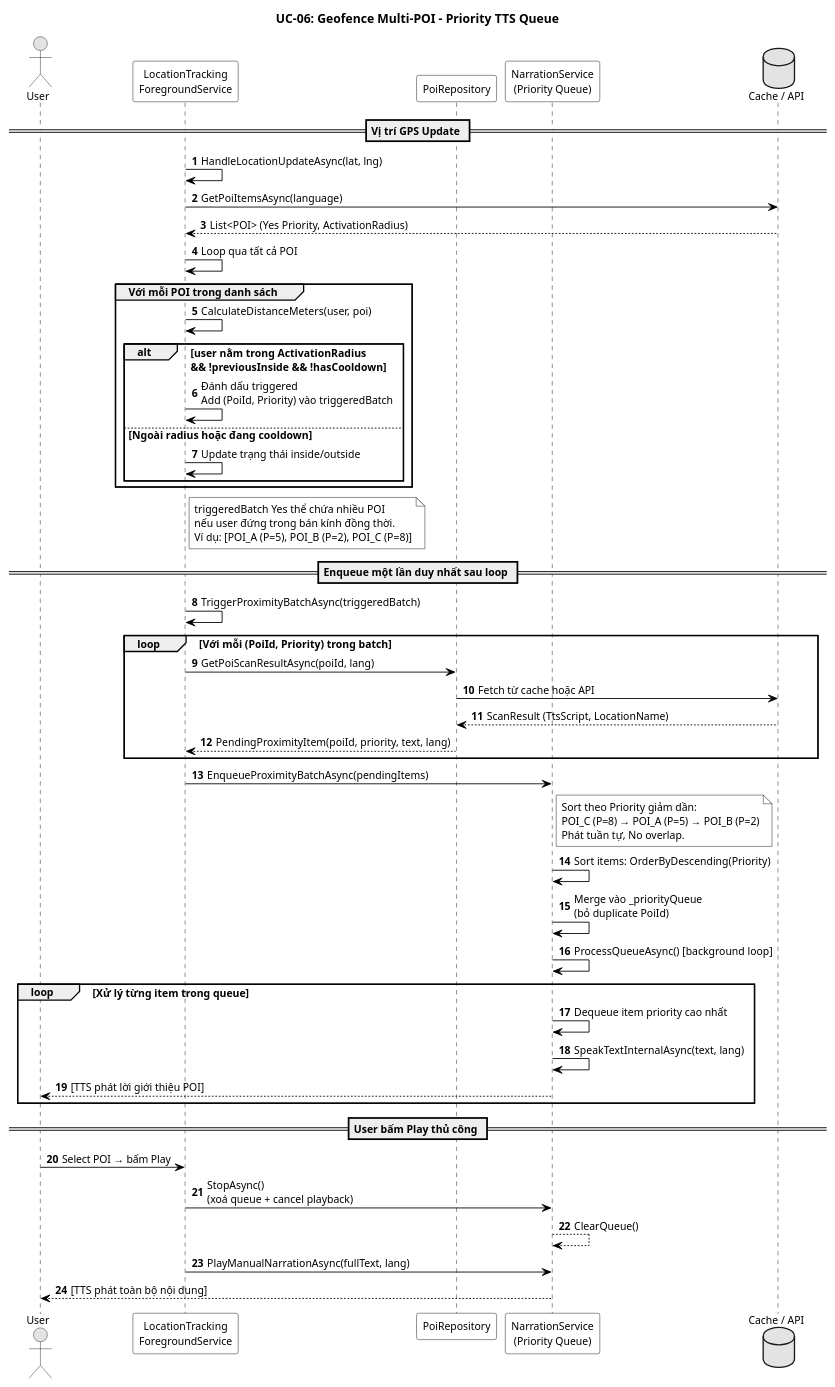
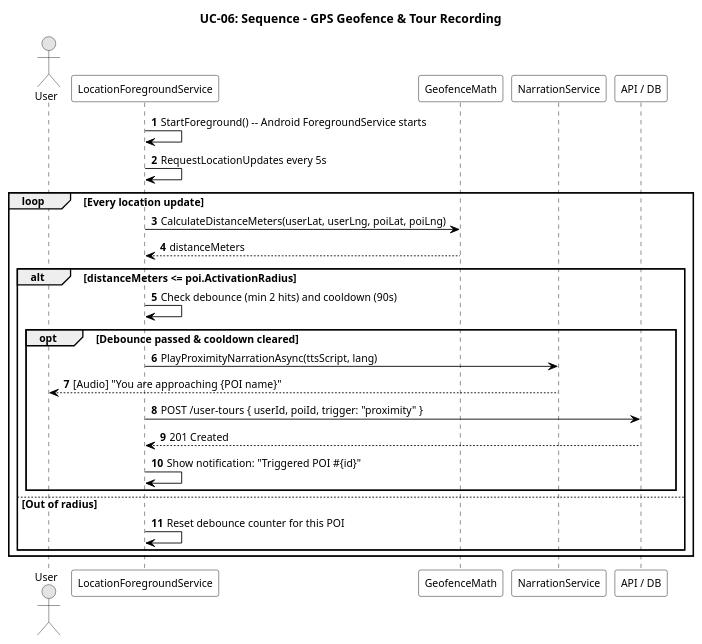
Before and after one commit to binhbo0311/food-map: the diagram in puml_diagrams/seq_06_gps.puml, drawn with PlantUML. The commit also changed 60 other files, not shown here.

```diff
--- a/puml_diagrams/seq_06_gps.puml
+++ b/puml_diagrams/seq_06_gps.puml
@@ -1,83 +1,44 @@
 @startuml seq_06_gps
 skinparam monochrome true
 skinparam shadowing false
 skinparam backgroundColor white
 skinparam defaultFontSize 12
 skinparam sequenceArrowColor black
 skinparam sequenceParticipantBorderColor black
 skinparam sequenceParticipantBackgroundColor white
 skinparam sequenceLifeLineBorderColor black
 skinparam sequenceGroupBorderColor black
 skinparam noteBackgroundColor white
 skinparam noteBorderColor black
 autonumber
 
-title UC-06: Geofence Multi-POI – Priority TTS Queue
+title UC-06: Sequence - GPS Geofence & Tour Recording
 
 actor "User" as U
-participant "LocationTracking\nForegroundService" as GEO
-participant "PoiRepository" as Repo
-participant "NarrationService\n(Priority Queue)" as TTS
-database "Cache / API" as DB
+participant "LocationForegroundService" as LOC
+participant "GeofenceMath" as GEO
+participant "NarrationService" as TTS
+participant "API / DB" as API
 
-== Vị trí GPS Update ==
+LOC -> LOC : StartForeground() -- Android ForegroundService starts
+LOC -> LOC : RequestLocationUpdates every 5s
 
-GEO -> GEO : HandleLocationUpdateAsync(lat, lng)
-GEO -> DB : GetPoiItemsAsync(language)
-DB --> GEO : List<POI> (Yes Priority, ActivationRadius)
+loop Every location update
+    LOC -> GEO : CalculateDistanceMeters(userLat, userLng, poiLat, poiLng)
+    GEO --> LOC : distanceMeters
 
-GEO -> GEO : Loop qua tất cả POI
+    alt distanceMeters <= poi.ActivationRadius
+        LOC -> LOC : Check debounce (min 2 hits) and cooldown (90s)
 
-group Với mỗi POI trong danh sách
-    GEO -> GEO : CalculateDistanceMeters(user, poi)
-    alt user nằm trong ActivationRadius\n&& !previousInside && !hasCooldown
-        GEO -> GEO : Đánh dấu triggered\nAdd (PoiId, Priority) vào triggeredBatch
-    else Ngoài radius hoặc đang cooldown
-        GEO -> GEO : Update trạng thái inside/outside
+        opt Debounce passed & cooldown cleared
+            LOC -> TTS : PlayProximityNarrationAsync(ttsScript, lang)
+            TTS --> U : [Audio] "You are approaching {POI name}"
+            LOC -> API : POST /user-tours { userId, poiId, trigger: "proximity" }
+            API --> LOC : 201 Created
+            LOC -> LOC : Show notification: "Triggered POI #{id}"
+        end
+    else Out of radius
+        LOC -> LOC : Reset debounce counter for this POI
     end
 end
-
-note right of GEO
-  triggeredBatch Yes thể chứa nhiều POI
-  nếu user đứng trong bán kính đồng thời.
-  Ví dụ: [POI_A (P=5), POI_B (P=2), POI_C (P=8)]
-end note
-
-== Enqueue một lần duy nhất sau loop ==
-
-GEO -> GEO : TriggerProximityBatchAsync(triggeredBatch)
-
-loop Với mỗi (PoiId, Priority) trong batch
-    GEO -> Repo : GetPoiScanResultAsync(poiId, lang)
-    Repo -> DB : Fetch từ cache hoặc API
-    DB --> Repo : ScanResult (TtsScript, LocationName)
-    Repo --> GEO : PendingProximityItem(poiId, priority, text, lang)
-end
-
-GEO -> TTS : EnqueueProximityBatchAsync(pendingItems)
-
-note right of TTS
-  Sort theo Priority giảm dần:
-  POI_C (P=8) → POI_A (P=5) → POI_B (P=2)
-  Phát tuần tự, No overlap.
-end note
-
-TTS -> TTS : Sort items: OrderByDescending(Priority)
-TTS -> TTS : Merge vào _priorityQueue\n(bỏ duplicate PoiId)
-TTS -> TTS : ProcessQueueAsync() [background loop]
-
-loop Xử lý từng item trong queue
-    TTS -> TTS : Dequeue item priority cao nhất
-    TTS -> TTS : SpeakTextInternalAsync(text, lang)
-    TTS --> U : [TTS phát lời giới thiệu POI]
-end
-
-== User bấm Play thủ công ==
-
-U -> GEO : Select POI → bấm Play
-GEO -> TTS : StopAsync()\n(xoá queue + cancel playback)
-TTS --> TTS : ClearQueue()
-GEO -> TTS : PlayManualNarrationAsync(fullText, lang)
-TTS --> U : [TTS phát toàn bộ nội dung]
-
 @enduml
```
